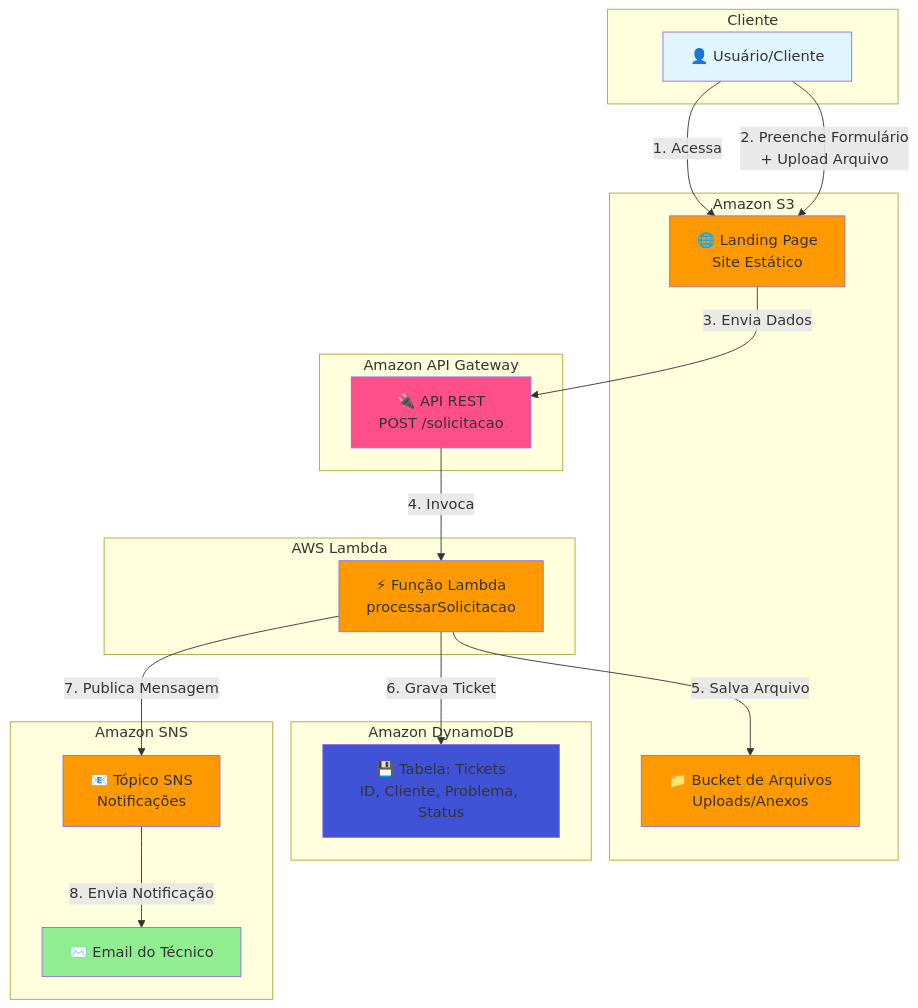
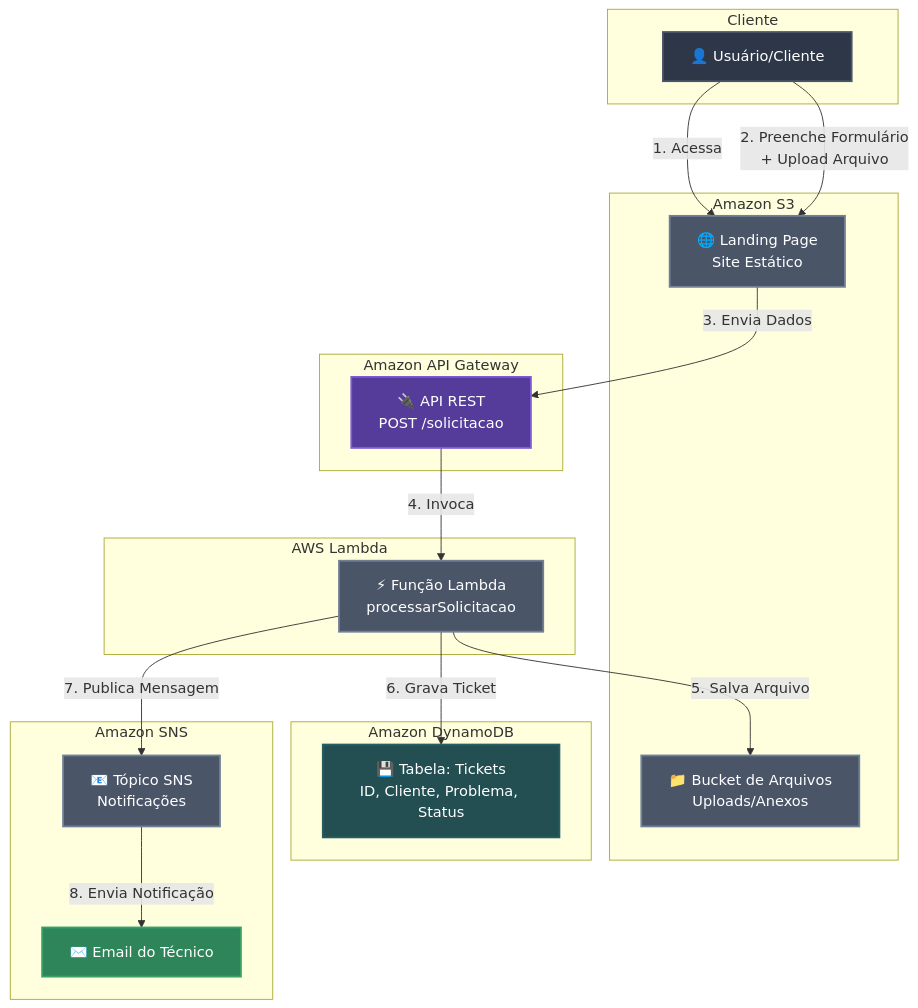
Before and after one commit to DoniJoao/SSSTI: the diagram in README.md, drawn with Mermaid.

Commit message:
ultima tentativa de hoje

````diff
--- a/README.md
+++ b/README.md
@@ -4,51 +4,51 @@
 ```mermaid
 
 graph TB
     subgraph "Cliente"
         A[👤 Usuário/Cliente]
     end
     
     subgraph "Amazon S3"
         B[🌐 Landing Page<br/>Site Estático]
         C[📁 Bucket de Arquivos<br/>Uploads/Anexos]
     end
     
     subgraph "Amazon API Gateway"
         D[🔌 API REST<br/>POST /solicitacao]
     end
     
     subgraph "AWS Lambda"
         E[⚡ Função Lambda<br/>processarSolicitacao]
     end
     
     subgraph "Amazon DynamoDB"
         F[💾 Tabela: Tickets<br/>ID, Cliente, Problema, Status]
     end
     
     subgraph "Amazon SNS"
         G[📧 Tópico SNS<br/>Notificações]
         H[✉️ Email do Técnico]
     end
     
     A -->|1. Acessa| B
     A -->|2. Preenche Formulário<br/>+ Upload Arquivo| B
     B -->|3. Envia Dados| D
     D -->|4. Invoca| E
     E -->|5. Salva Arquivo| C
     E -->|6. Grava Ticket| F
     E -->|7. Publica Mensagem| G
     G -->|8. Envia Notificação| H
     
-    style A fill:#e1f5ff
-    style B fill:#ff9900
-    style C fill:#ff9900
-    style D fill:#ff4f8b
-    style E fill:#ff9900
-    style F fill:#4053d6
-    style G fill:#ff9900
-    style H fill:#90ee90
+    style A fill:#2D3748,stroke:#4A5568,color:white,stroke-width:2px
+    style B fill:#4A5568,stroke:#718096,color:white,stroke-width:2px
+    style C fill:#4A5568,stroke:#718096,color:white,stroke-width:2px
+    style D fill:#553C9A,stroke:#805AD5,color:white,stroke-width:2px
+    style E fill:#4A5568,stroke:#718096,color:white,stroke-width:2px
+    style F fill:#234E52,stroke:#285E61,color:white,stroke-width:2px
+    style G fill:#4A5568,stroke:#718096,color:white,stroke-width:2px
+    style H fill:#2F855A,stroke:#38A169,color:white,stroke-width:2px
     
     classDef aws fill:#ff9900,stroke:#232f3e,stroke-width:2px,color:#fff
     classDef client fill:#e1f5ff,stroke:#232f3e,stroke-width:2px
     classDef output fill:#90ee90,stroke:#232f3e,stroke-width:2px
 ```
````
